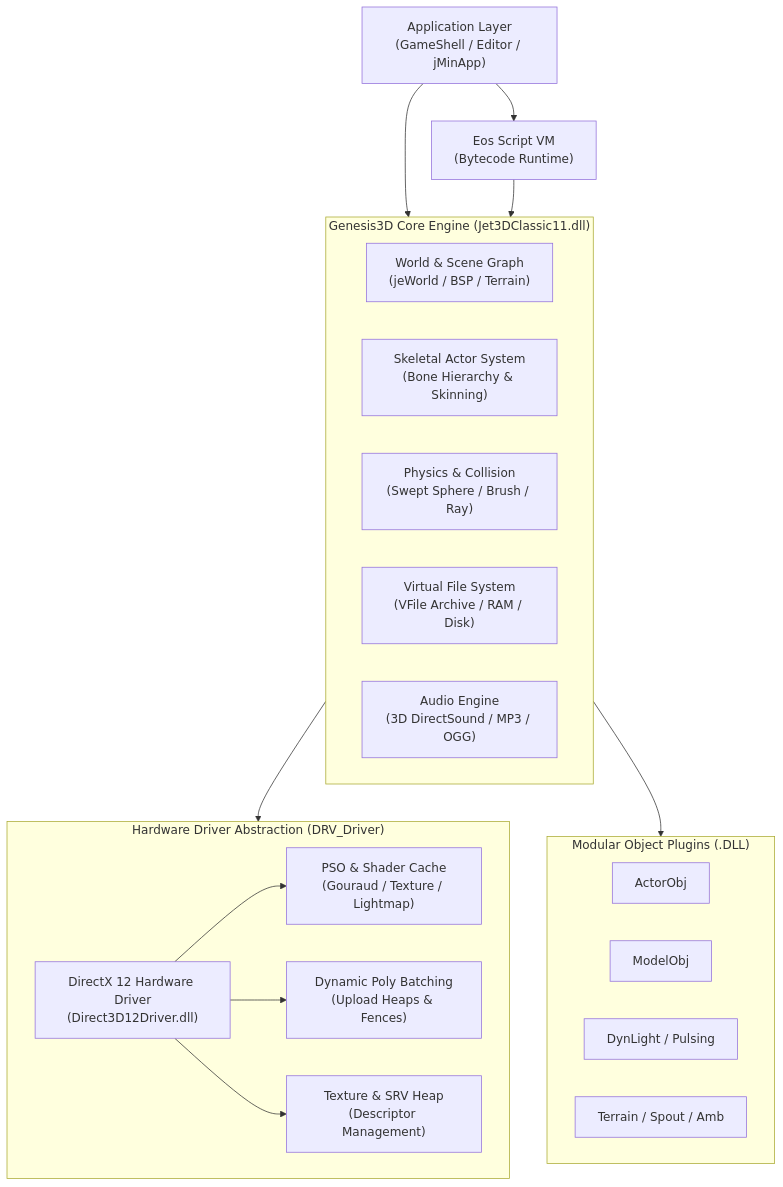
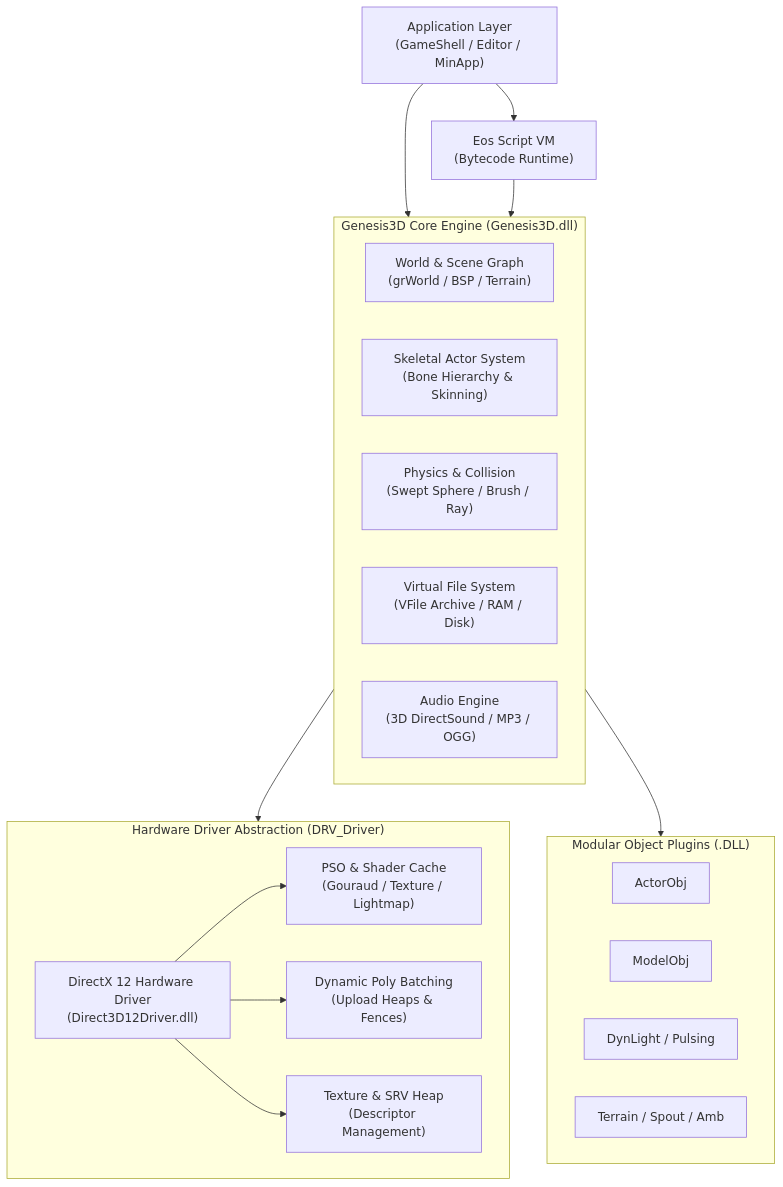
Before and after one commit to toxicclowd/Genesis3D-Reborn-Source: the first of 4 diagrams in docs/CODEBASE_INDEX.md, drawn with Mermaid. The commit also changed other lines of this file and 230 other files, not shown here.

````diff
--- a/docs/CODEBASE_INDEX.md
+++ b/docs/CODEBASE_INDEX.md
@@ -45,36 +45,36 @@
 ```mermaid
 flowchart TD
-    App["Application Layer\n(GameShell / Editor / jMinApp)"]
+    App["Application Layer\n(GameShell / Editor / MinApp)"]
     Script["Eos Script VM\n(Bytecode Runtime)"]
     
-    subgraph EngineCore ["Genesis3D Core Engine (Jet3DClassic11.dll)"]
-        World["World & Scene Graph\n(jeWorld / BSP / Terrain)"]
+    subgraph EngineCore ["Genesis3D Core Engine (Genesis3D.dll)"]
+        World["World & Scene Graph\n(grWorld / BSP / Terrain)"]
         Actor["Skeletal Actor System\n(Bone Hierarchy & Skinning)"]
         Physics["Physics & Collision\n(Swept Sphere / Brush / Ray)"]
         VFS["Virtual File System\n(VFile Archive / RAM / Disk)"]
         Audio["Audio Engine\n(3D DirectSound / MP3 / OGG)"]
     end
     
     subgraph DriverLayer ["Hardware Driver Abstraction (DRV_Driver)"]
         D3D12["DirectX 12 Hardware Driver\n(Direct3D12Driver.dll)"]
         PSO["PSO & Shader Cache\n(Gouraud / Texture / Lightmap)"]
         PolyCache["Dynamic Poly Batching\n(Upload Heaps & Fences)"]
         TexMgr["Texture & SRV Heap\n(Descriptor Management)"]
     end
 
     subgraph ObjectLayer ["Modular Object Plugins (.DLL)"]
         ActorObj["ActorObj"]
         ModelObj["ModelObj"]
         LightObj["DynLight / Pulsing"]
         EnvObj["Terrain / Spout / Amb"]
     end
 
     App --> EngineCore
     App --> Script
     Script --> EngineCore
     EngineCore --> DriverLayer
     EngineCore --> ObjectLayer
     D3D12 --> PSO
     D3D12 --> PolyCache
     D3D12 --> TexMgr
 ```
````
